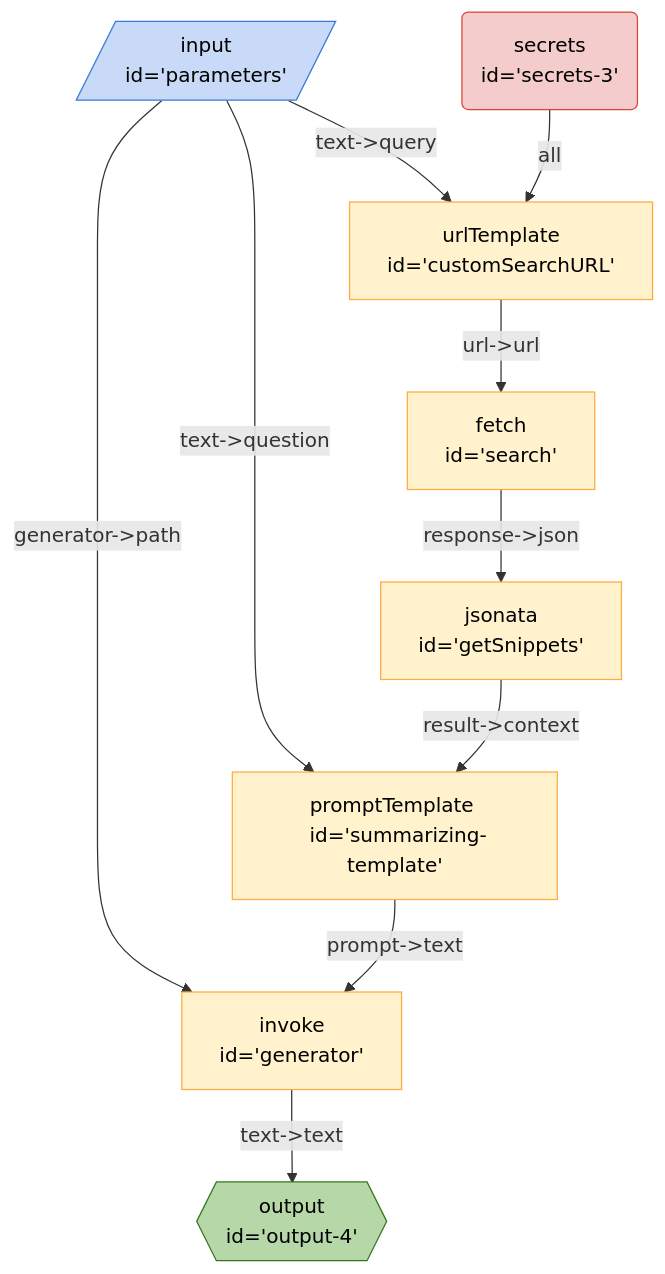
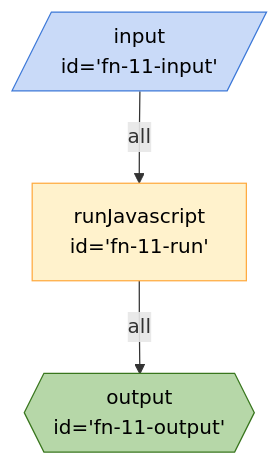
One commit to breadboard-ai/breadboard changed the diagram in packages/breadboard-web/docs/graphs/search-summarize.md. Above: the diagram before and after it, drawn with Mermaid. The commit also changed 43 other files, not shown here.

````diff
--- a/packages/breadboard-web/docs/graphs/search-summarize.md
+++ b/packages/breadboard-web/docs/graphs/search-summarize.md
@@ -3,21 +3,14 @@
 ```mermaid
 %%{init: 'themeVariables': { 'fontFamily': 'Fira Code, monospace' }}%%
 graph TD;
-generator["invoke <br> id='generator'"] -- "text->text" --> output4{{"output <br> id='output-4'"}}:::output
-parameters[/"input <br> id='parameters'"/]:::input -- "text->query" --> customSearchURL["urlTemplate <br> id='customSearchURL'"]
-parameters[/"input <br> id='parameters'"/]:::input -- "text->question" --> summarizingtemplate["promptTemplate <br> id='summarizing-template'"]
-parameters[/"input <br> id='parameters'"/]:::input -- "generator->path" --> generator["invoke <br> id='generator'"]
-summarizingtemplate["promptTemplate <br> id='summarizing-template'"] -- "prompt->text" --> generator["invoke <br> id='generator'"]
-customSearchURL["urlTemplate <br> id='customSearchURL'"] -- "url->url" --> search["fetch <br> id='search'"]
-getSnippets["jsonata <br> id='getSnippets'"] -- "result->context" --> summarizingtemplate["promptTemplate <br> id='summarizing-template'"]
-secrets3("secrets <br> id='secrets-3'"):::secrets -- all --> customSearchURL["urlTemplate <br> id='customSearchURL'"]
-search["fetch <br> id='search'"] -- "response->json" --> getSnippets["jsonata <br> id='getSnippets'"]
+fn11input[/"input <br> id='fn-11-input'"/]:::input -- all --> fn11run["runJavascript <br> id='fn-11-run'"]
+fn11run["runJavascript <br> id='fn-11-run'"] -- all --> fn11output{{"output <br> id='fn-11-output'"}}:::output
 classDef default stroke:#ffab40,fill:#fff2ccff,color:#000
 classDef input stroke:#3c78d8,fill:#c9daf8ff,color:#000
 classDef output stroke:#38761d,fill:#b6d7a8ff,color:#000
 classDef passthrough stroke:#a64d79,fill:#ead1dcff,color:#000
 classDef slot stroke:#a64d79,fill:#ead1dcff,color:#000
 classDef config stroke:#a64d79,fill:#ead1dcff,color:#000
 classDef secrets stroke:#db4437,fill:#f4cccc,color:#000
 classDef slotted stroke:#a64d79
 ```
````
